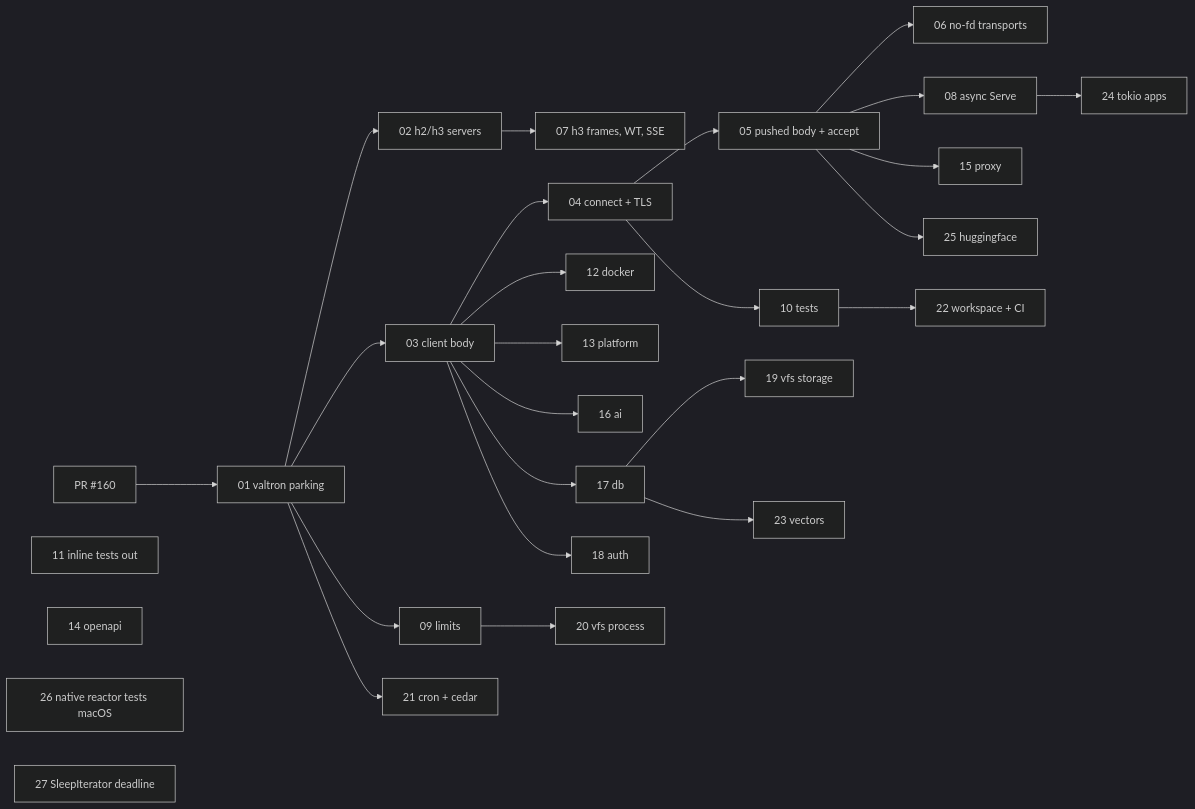
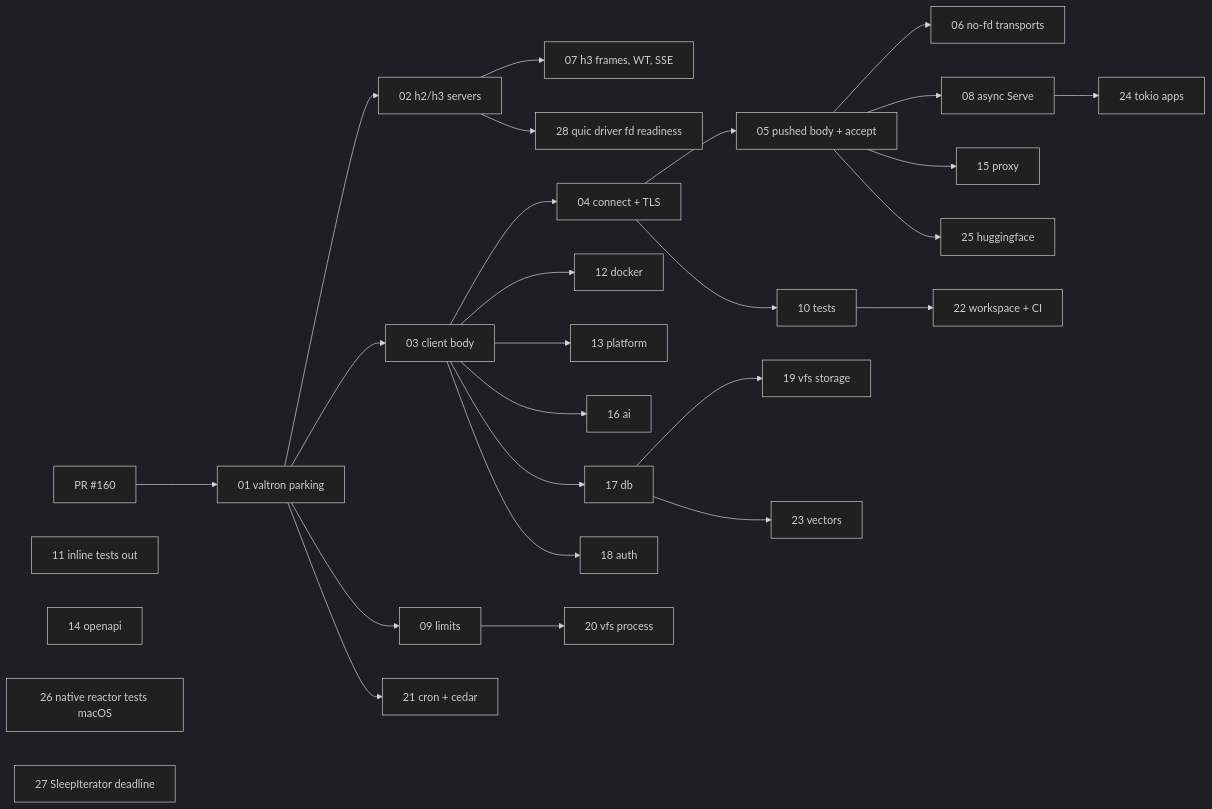
One commit to ewe-studios/ewe_platform changed the diagram in specifications/70-foundational-io-hardening/requirements.md. Above: the diagram before and after it, drawn with Mermaid (dark theme). The commit also changed other lines of this file and 18 other files, not shown here.

````diff
--- a/specifications/70-foundational-io-hardening/requirements.md
+++ b/specifications/70-foundational-io-hardening/requirements.md
@@ -159,30 +160,31 @@
 ```mermaid
 flowchart LR
     A[PR #160] --> F01[01 valtron parking]
     F01 --> F02[02 h2/h3 servers]
     F01 --> F03[03 client body]
     F01 --> F09[09 limits]
     F03 --> F04[04 connect + TLS]
     F04 --> F05[05 pushed body + accept]
     F05 --> F06[06 no-fd transports]
     F05 --> F08[08 async Serve]
     F02 --> F07[07 h3 frames, WT, SSE]
     F04 --> F10[10 tests]
     F11[11 inline tests out]
     F03 --> F12[12 docker]
     F03 --> F13[13 platform]
     F14[14 openapi]
     F05 --> F15[15 proxy]
     F03 --> F16[16 ai]
     F03 --> F17[17 db]
     F03 --> F18[18 auth]
     F17 --> F19[19 vfs storage]
     F09 --> F20[20 vfs process]
     F01 --> F21[21 cron + cedar]
     F10 --> F22[22 workspace + CI]
     F17 --> F23[23 vectors]
     F08 --> F24[24 tokio apps]
     F05 --> F25[25 huggingface]
     F26[26 native reactor tests macOS]
     F27[27 SleepIterator deadline]
+    F02 --> F28[28 quic driver fd readiness]
 ```
````
